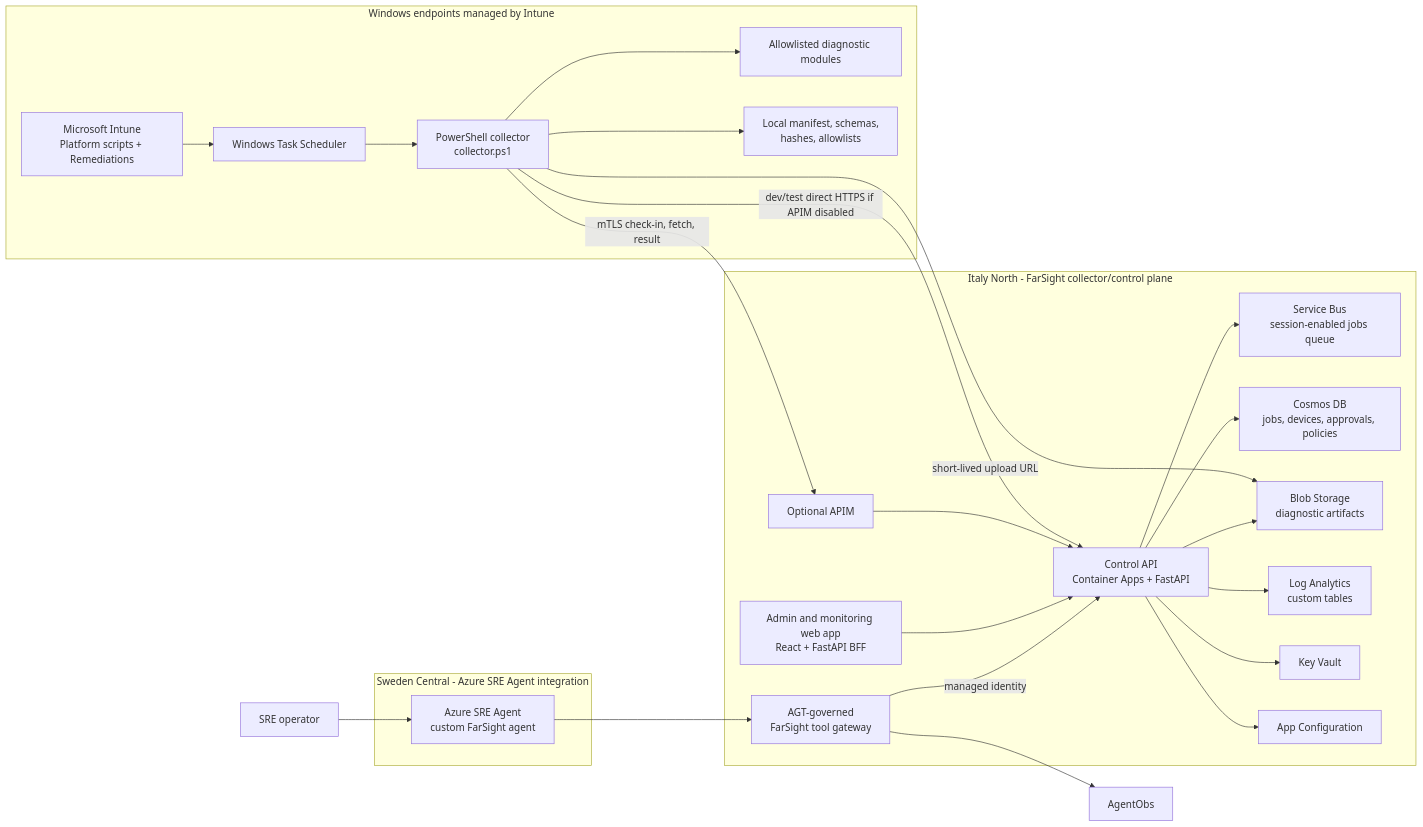
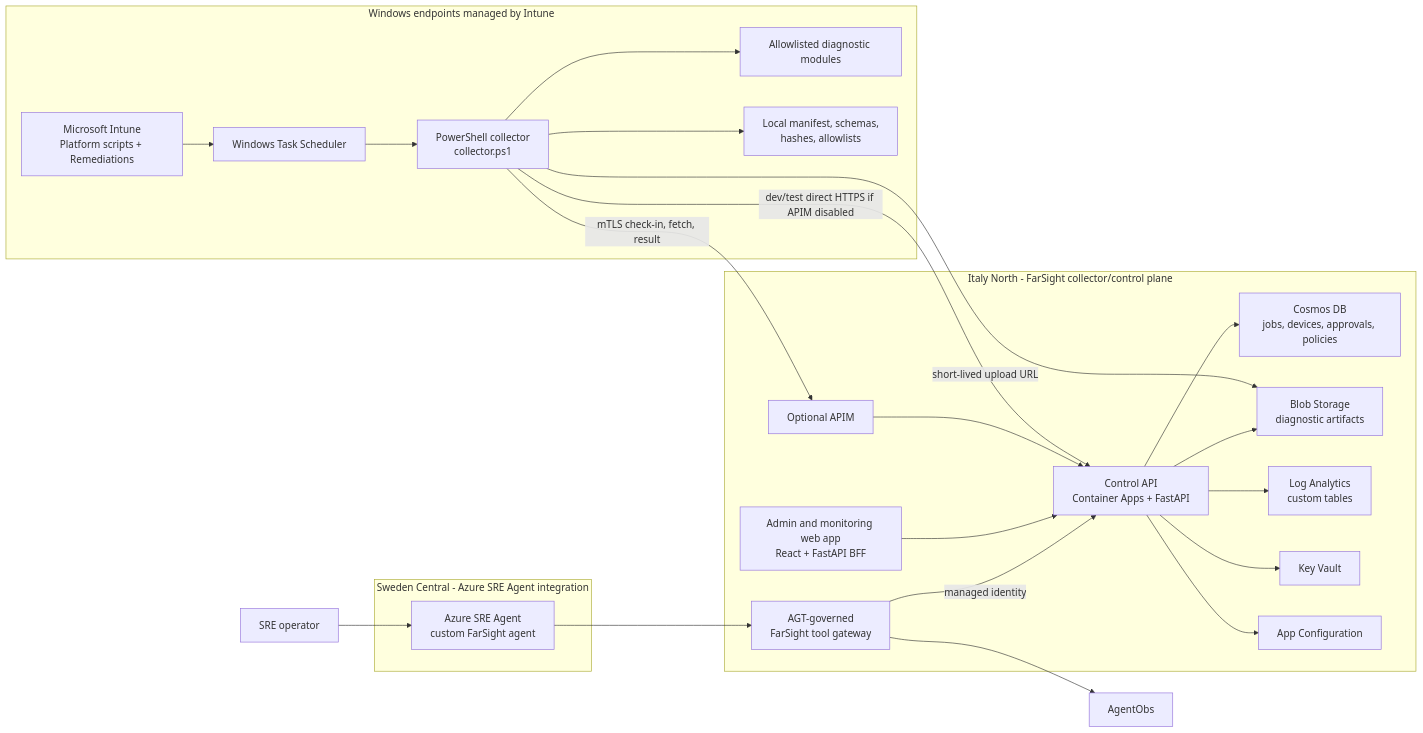
Before and after one commit to MikeCer/agent-azure-farsight: the first of 7 diagrams in docs/architecture/architecture-diagrams.md, drawn with Mermaid. The commit also changed other lines of this file and 4 other files, not shown here.

````diff
--- a/docs/architecture/architecture-diagrams.md
+++ b/docs/architecture/architecture-diagrams.md
@@ -9,47 +9,45 @@
 ```mermaid
 flowchart LR
     subgraph Endpoints["Windows endpoints managed by Intune"]
         Intune["Microsoft Intune<br/>Platform scripts + Remediations"]
         Task["Windows Task Scheduler"]
         Collector["PowerShell collector<br/>collector.ps1"]
         Modules["Allowlisted diagnostic modules"]
         LocalPolicy["Local manifest, schemas,<br/>hashes, allowlists"]
         Intune --> Task
         Task --> Collector
         Collector --> LocalPolicy
         Collector --> Modules
     end
 
     subgraph Italy["Italy North - FarSight collector/control plane"]
         Api["Control API<br/>Container Apps + FastAPI"]
         Admin["Admin and monitoring web app<br/>React + FastAPI BFF"]
         Gateway["AGT-governed<br/>FarSight tool gateway"]
-        SB["Service Bus<br/>session-enabled jobs queue"]
         Cosmos["Cosmos DB<br/>jobs, devices, approvals, policies"]
         Blob["Blob Storage<br/>diagnostic artifacts"]
         LA["Log Analytics<br/>custom tables"]
         KV["Key Vault"]
         AppConfig["App Configuration"]
         APIM["Optional APIM"]
     end
 
     subgraph Sweden["Sweden Central - Azure SRE Agent integration"]
         SRE["Azure SRE Agent<br/>custom FarSight agent"]
     end
 
     Operator["SRE operator"] --> SRE
     SRE --> Gateway
     Gateway -->|managed identity| Api
     Admin --> Api
     Api --> Cosmos
-    Api --> SB
     Api --> Blob
     Api --> LA
     Api --> KV
     Api --> AppConfig
     Collector -->|mTLS check-in, fetch, result| APIM
     APIM --> Api
     Collector -->|dev/test direct HTTPS if APIM disabled| Api
     Collector -->|short-lived upload URL| Blob
     Gateway --> AgentObs
 ```
````
